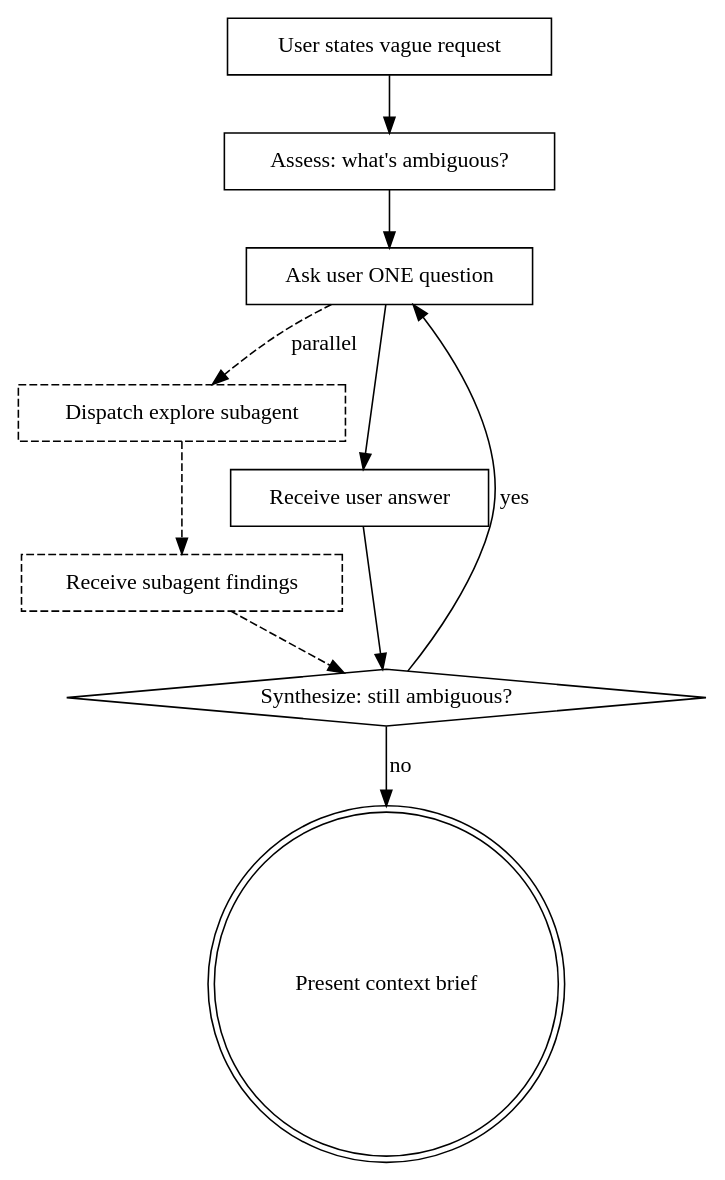
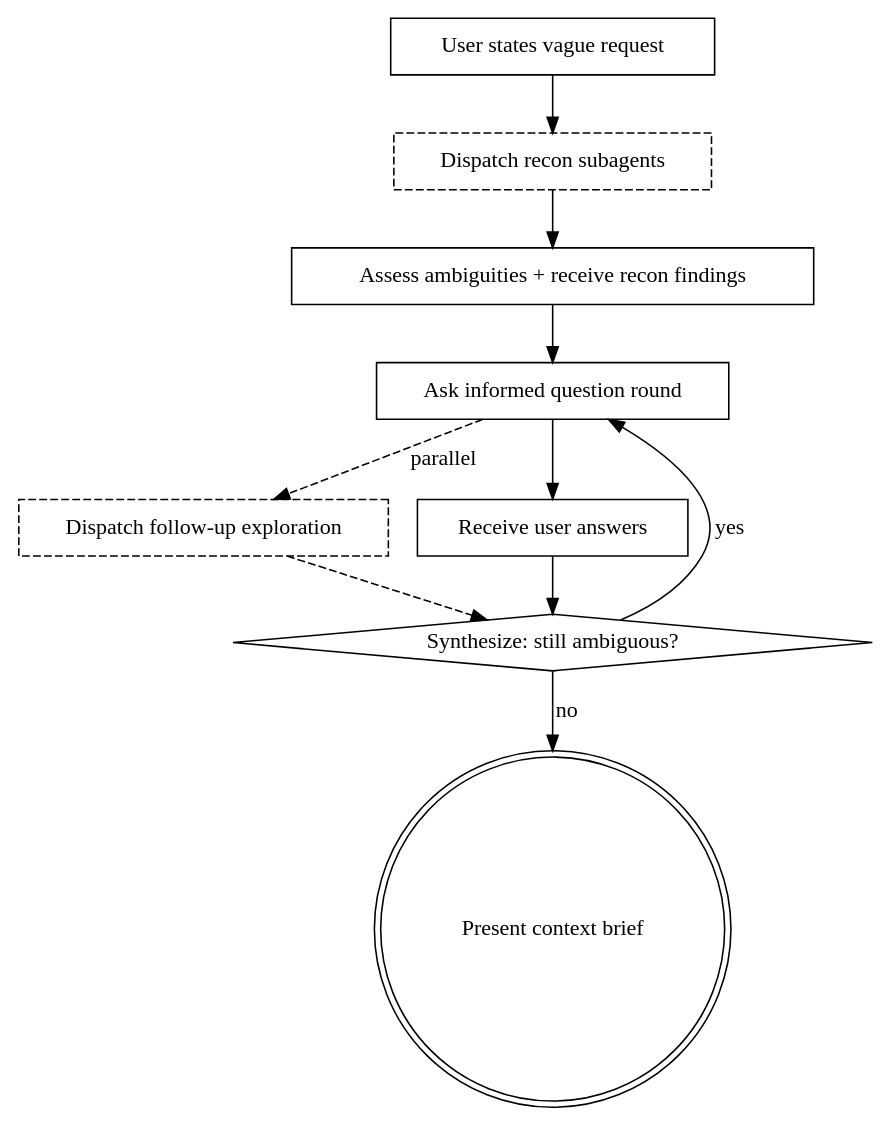
One commit to tmdgusya/engineering-discipline changed the diagram in skills/clarification/SKILL.md. Above: the diagram before and after it, drawn with Graphviz. The commit also changed other lines of this file and 20 other files, not shown here.

````diff
--- a/skills/clarification/SKILL.md
+++ b/skills/clarification/SKILL.md
@@ -101,23 +108,23 @@
 ```dot
 digraph clarification {
     rankdir=TB;
     "User states vague request" [shape=box];
-    "Assess: what's ambiguous?" [shape=box];
-    "Ask user ONE question" [shape=box];
-    "Dispatch explore subagent" [shape=box, style=dashed];
-    "Receive user answer" [shape=box];
-    "Receive subagent findings" [shape=box, style=dashed];
+    "Dispatch recon subagents" [shape=box, style=dashed];
+    "Assess ambiguities + receive recon findings" [shape=box];
+    "Ask informed question round" [shape=box];
+    "Dispatch follow-up exploration" [shape=box, style=dashed];
+    "Receive user answers" [shape=box];
     "Synthesize: still ambiguous?" [shape=diamond];
     "Present context brief" [shape=doublecircle];
 
-    "User states vague request" -> "Assess: what's ambiguous?";
-    "Assess: what's ambiguous?" -> "Ask user ONE question";
-    "Ask user ONE question" -> "Dispatch explore subagent" [style=dashed, label="parallel"];
-    "Ask user ONE question" -> "Receive user answer";
-    "Dispatch explore subagent" -> "Receive subagent findings" [style=dashed];
-    "Receive user answer" -> "Synthesize: still ambiguous?";
-    "Receive subagent findings" -> "Synthesize: still ambiguous?" [style=dashed];
-    "Synthesize: still ambiguous?" -> "Ask user ONE question" [label="yes"];
+    "User states vague request" -> "Dispatch recon subagents";
+    "Dispatch recon subagents" -> "Assess ambiguities + receive recon findings";
+    "Assess ambiguities + receive recon findings" -> "Ask informed question round";
+    "Ask informed question round" -> "Dispatch follow-up exploration" [style=dashed, label="parallel"];
+    "Ask informed question round" -> "Receive user answers";
+    "Dispatch follow-up exploration" -> "Synthesize: still ambiguous?" [style=dashed];
+    "Receive user answers" -> "Synthesize: still ambiguous?";
+    "Synthesize: still ambiguous?" -> "Ask informed question round" [label="yes"];
     "Synthesize: still ambiguous?" -> "Present context brief" [label="no"];
 }
 ```
````
